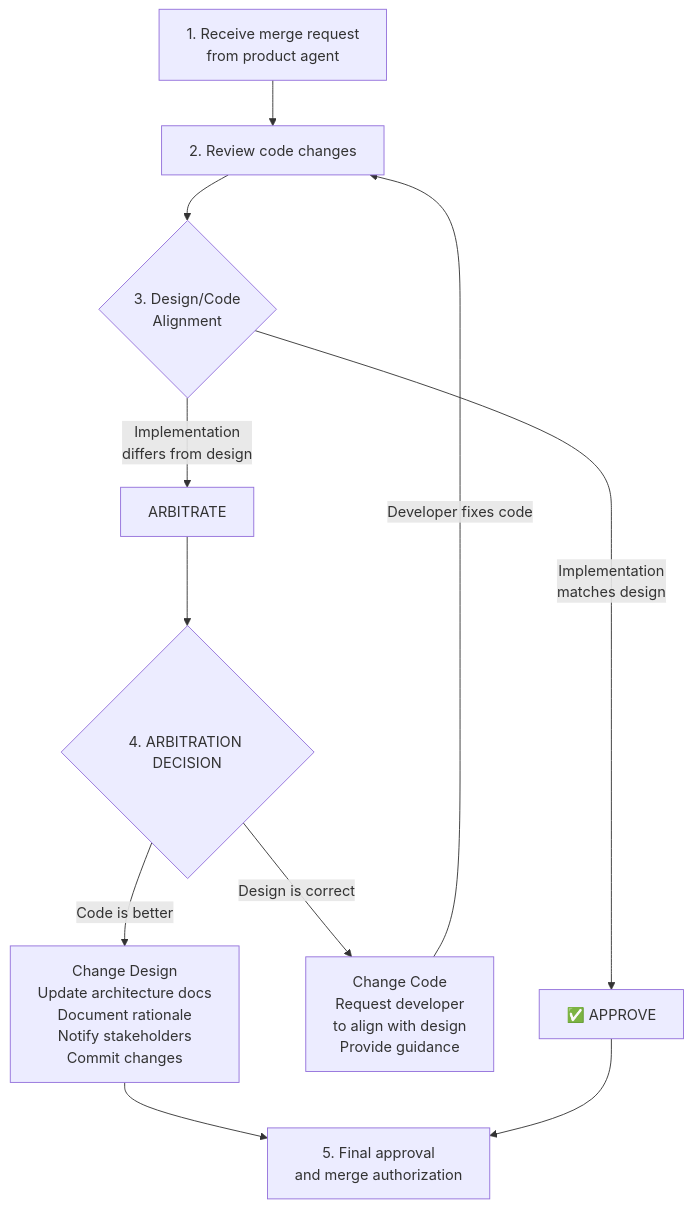
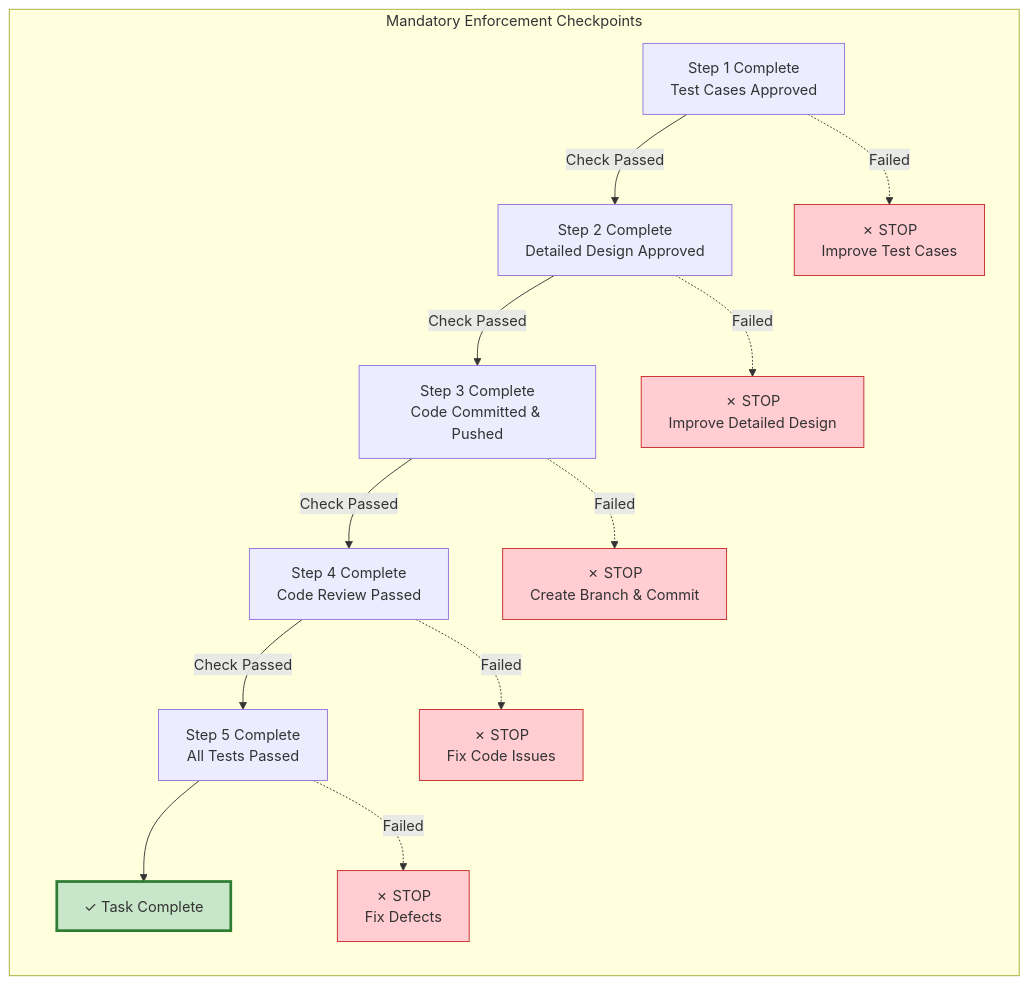
One commit to hoolheart/opencode changed the fifth of 7 diagrams in docs/dev_team_en.md. Above: the diagram before and after it, drawn with Mermaid. The commit also changed other lines of this file and 11 other files, not shown here.

````diff
--- a/docs/dev_team_en.md
+++ b/docs/dev_team_en.md
@@ -271,15 +246,23 @@
 ```mermaid
-flowchart TD
-    A[1. Receive merge request<br/>from product agent] --> B[2. Review code changes]
-    B --> C{3. Design/Code<br/>Alignment}
-    C -->|Implementation<br/>matches design| D[✅ APPROVE]
-    C -->|Implementation<br/>differs from design| E[ARBITRATE]
-
-    E --> F{4. ARBITRATION DECISION}
-    F -->|Design is correct| G[Change Code<br/>Request developer<br/>to align with design<br/>Provide guidance]
-    F -->|Code is better| H[Change Design<br/>Update architecture docs<br/>Document rationale<br/>Notify stakeholders<br/>Commit changes]
-
-    G --> |Developer fixes code| B
-    H --> I[5. Final approval<br/>and merge authorization]
-    D --> I
+flowchart LR
+    subgraph "Mandatory Enforcement Checkpoints"
+        A["Step 1 Complete<br/>Test Cases Approved"] -->|Check Passed| B["Step 2 Complete<br/>Detailed Design Approved"]
+        B -->|Check Passed| C["Step 3 Complete<br/>Code Committed & Pushed"]
+        C -->|Check Passed| D["Step 4 Complete<br/>Code Review Passed"]
+        D -->|Check Passed| E["Step 5 Complete<br/>All Tests Passed"]
+        E --> F["✓ Task Complete"]
+        
+        A -.->|Failed| Stop1["✗ STOP<br/>Improve Test Cases"]
+        B -.->|Failed| Stop2["✗ STOP<br/>Improve Detailed Design"]
+        C -.->|Failed| Stop3["✗ STOP<br/>Create Branch & Commit"]
+        D -.->|Failed| Stop4["✗ STOP<br/>Fix Code Issues"]
+        E -.->|Failed| Stop5["✗ STOP<br/>Fix Defects"]
+    end
+    
+    style F fill:#c8e6c9,stroke:#2e7d32,stroke-width:3px
+    style Stop1 fill:#ffcdd2,stroke:#c62828
+    style Stop2 fill:#ffcdd2,stroke:#c62828
+    style Stop3 fill:#ffcdd2,stroke:#c62828
+    style Stop4 fill:#ffcdd2,stroke:#c62828
+    style Stop5 fill:#ffcdd2,stroke:#c62828
 ```
````
